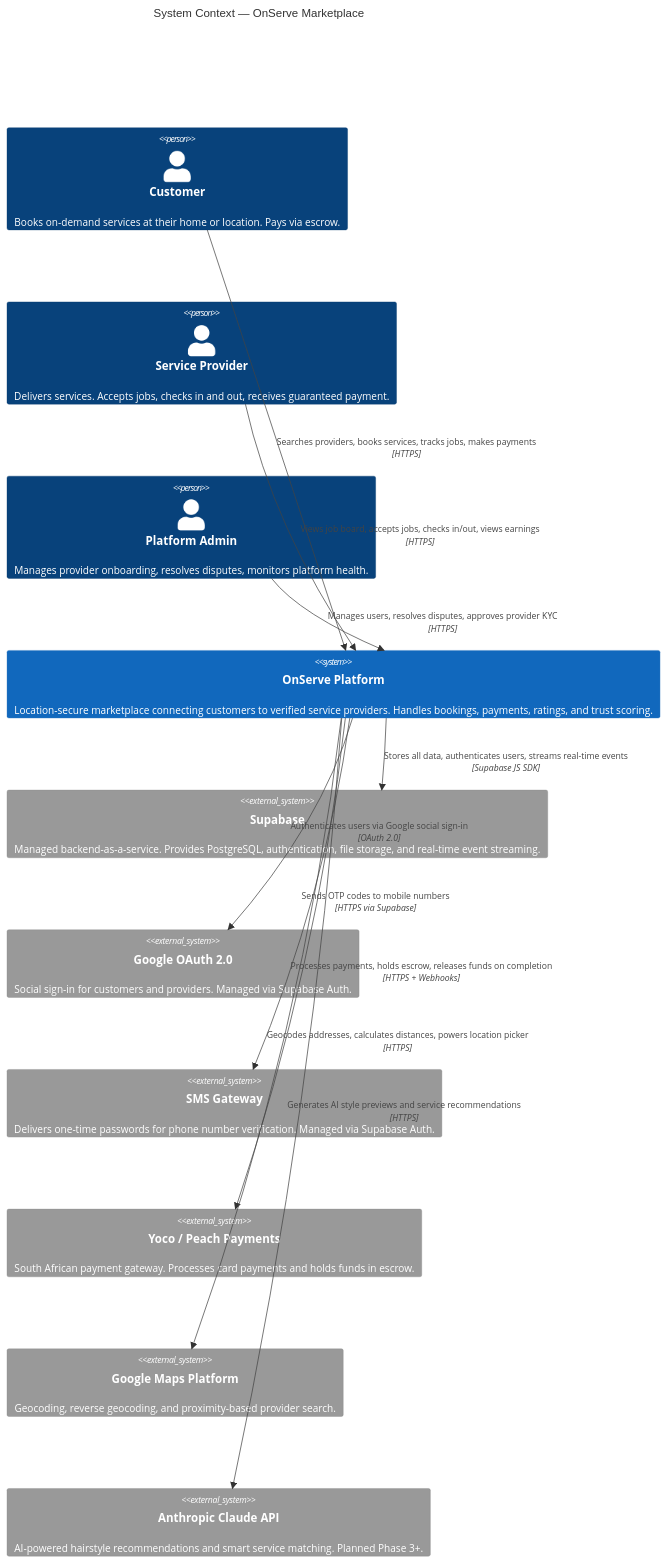
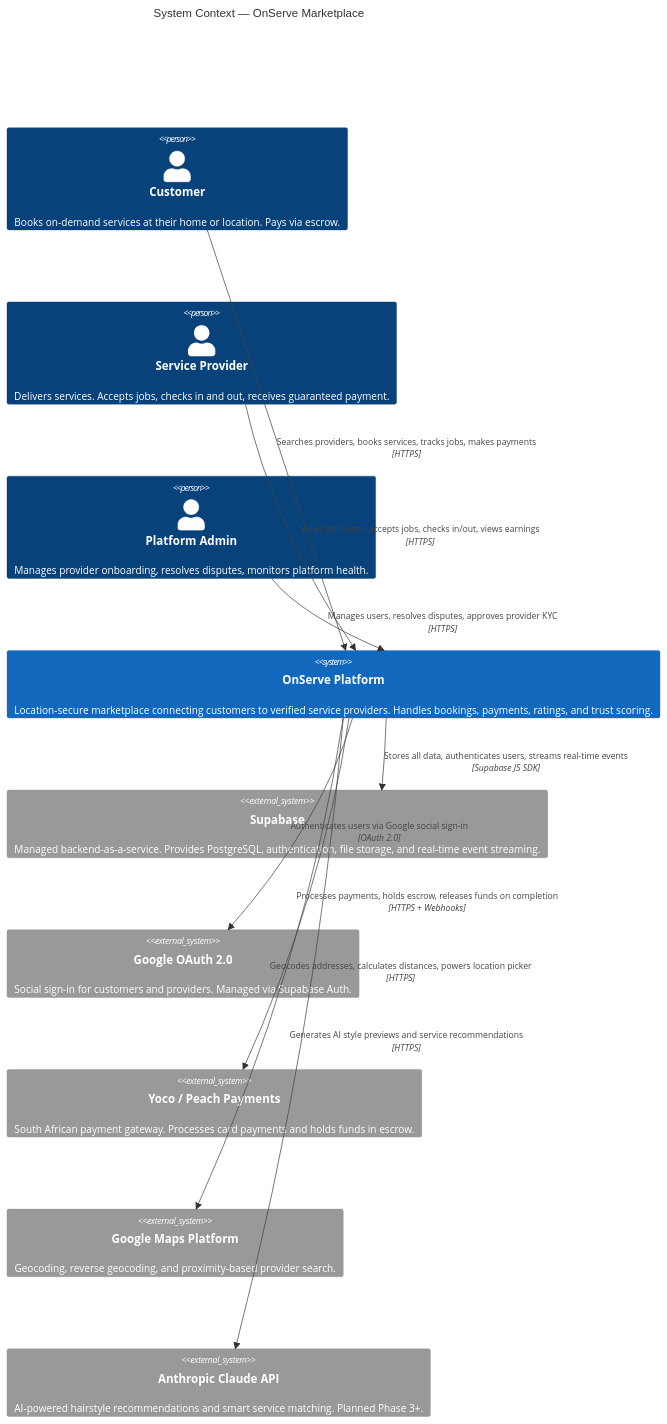
The first of 4 diagrams in README.md (dupies/OnServe), drawn with Mermaid before and after one commit. The commit also changed other lines of this file and 4 other files, not shown here.

````diff
--- a/README.md
+++ b/README.md
@@ -111,27 +111,25 @@
 ```mermaid
 C4Context
   title System Context — OnServe Marketplace
 
   Person(customer, "Customer", "Books on-demand services at their home or location. Pays via escrow.")
   Person(provider, "Service Provider", "Delivers services. Accepts jobs, checks in and out, receives guaranteed payment.")
   Person(admin, "Platform Admin", "Manages provider onboarding, resolves disputes, monitors platform health.")
 
   System(onserve, "OnServe Platform", "Location-secure marketplace connecting customers to verified service providers. Handles bookings, payments, ratings, and trust scoring.")
 
   System_Ext(supabase, "Supabase", "Managed backend-as-a-service. Provides PostgreSQL, authentication, file storage, and real-time event streaming.")
   System_Ext(google_oauth, "Google OAuth 2.0", "Social sign-in for customers and providers. Managed via Supabase Auth.")
-  System_Ext(sms_gateway, "SMS Gateway", "Delivers one-time passwords for phone number verification. Managed via Supabase Auth.")
   System_Ext(yoco, "Yoco / Peach Payments", "South African payment gateway. Processes card payments and holds funds in escrow.")
   System_Ext(google_maps, "Google Maps Platform", "Geocoding, reverse geocoding, and proximity-based provider search.")
   System_Ext(claude_api, "Anthropic Claude API", "AI-powered hairstyle recommendations and smart service matching. Planned Phase 3+.")
 
   Rel(customer, onserve, "Searches providers, books services, tracks jobs, makes payments", "HTTPS")
   Rel(provider, onserve, "Views job board, accepts jobs, checks in/out, views earnings", "HTTPS")
   Rel(admin, onserve, "Manages users, resolves disputes, approves provider KYC", "HTTPS")
   Rel(onserve, supabase, "Stores all data, authenticates users, streams real-time events", "Supabase JS SDK")
   Rel(onserve, google_oauth, "Authenticates users via Google social sign-in", "OAuth 2.0")
-  Rel(onserve, sms_gateway, "Sends OTP codes to mobile numbers", "HTTPS via Supabase")
   Rel(onserve, yoco, "Processes payments, holds escrow, releases funds on completion", "HTTPS + Webhooks")
   Rel(onserve, google_maps, "Geocodes addresses, calculates distances, powers location picker", "HTTPS")
   Rel(onserve, claude_api, "Generates AI style previews and service recommendations", "HTTPS")
 ```
````
